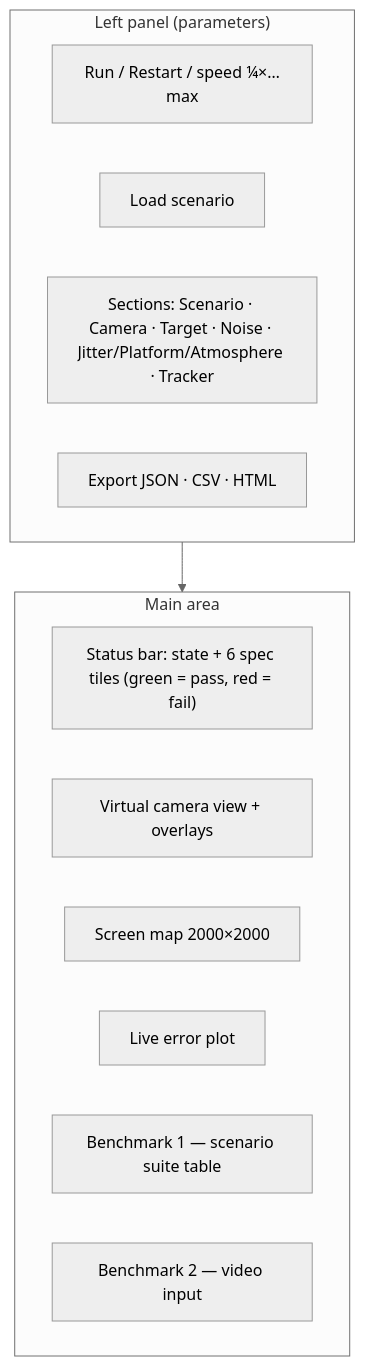
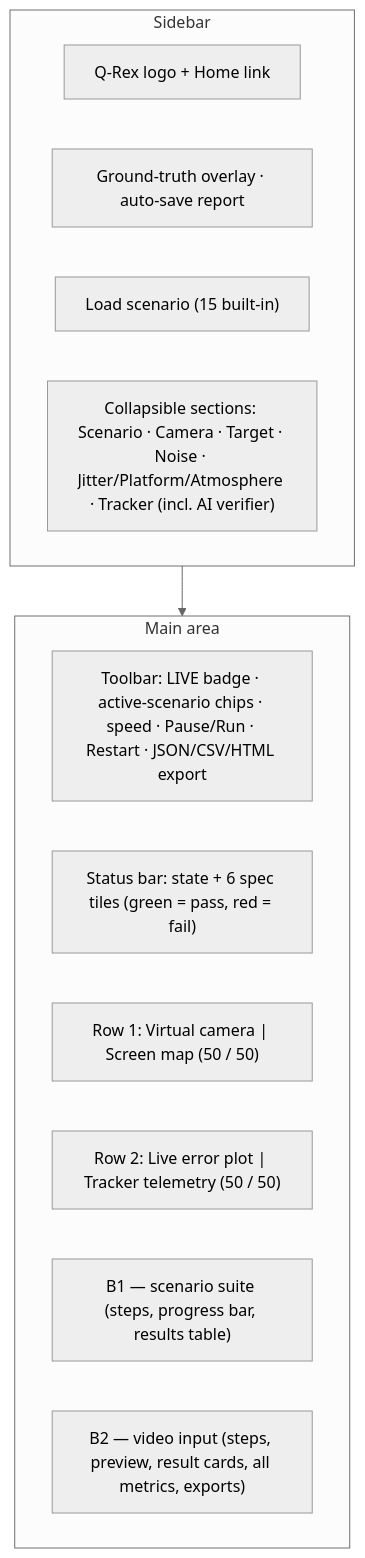
The ninth of 12 diagrams in README.md (ascend-x/Q-Rex), drawn with Mermaid (neutral theme) before and after one commit. The commit also changed other lines of this file and 56 other files, not shown here.

````diff
--- a/README.md
+++ b/README.md
@@ -578,18 +666,18 @@
 ```mermaid
 flowchart TB
-    subgraph LEFT["Left panel (parameters)"]
-        L1["Run / Restart / speed ¼×…max"]
-        L2["Load scenario"]
-        L3["Sections: Scenario · Camera · Target · Noise · Jitter/Platform/Atmosphere · Tracker"]
-        L4["Export JSON · CSV · HTML"]
+    subgraph LEFT["Sidebar"]
+        L0["Q-Rex logo + Home link"]
+        L1["Ground-truth overlay · auto-save report"]
+        L2["Load scenario (15 built-in)"]
+        L3["Collapsible sections: Scenario · Camera · Target · Noise · Jitter/Platform/Atmosphere · Tracker (incl. AI verifier)"]
     end
     subgraph MAIN["Main area"]
+        M0["Toolbar: LIVE badge · active-scenario chips · speed · Pause/Run · Restart · JSON/CSV/HTML export"]
         M1["Status bar: state + 6 spec tiles (green = pass, red = fail)"]
-        M2["Virtual camera view + overlays"]
-        M3["Screen map 2000×2000"]
-        M4["Live error plot"]
-        M5["Benchmark 1 — scenario suite table"]
-        M6["Benchmark 2 — video input"]
+        M2["Row 1: Virtual camera | Screen map (50 / 50)"]
+        M3["Row 2: Live error plot | Tracker telemetry (50 / 50)"]
+        M4["B1 — scenario suite (steps, progress bar, results table)"]
+        M5["B2 — video input (steps, preview, result cards, all metrics, exports)"]
     end
     LEFT --> MAIN
 ```
````
